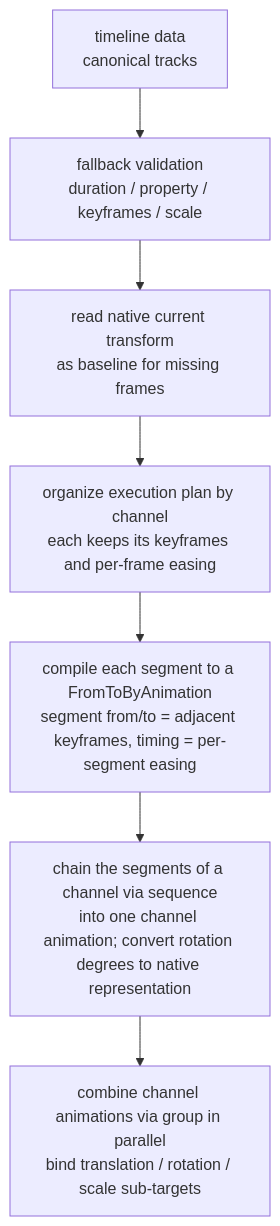
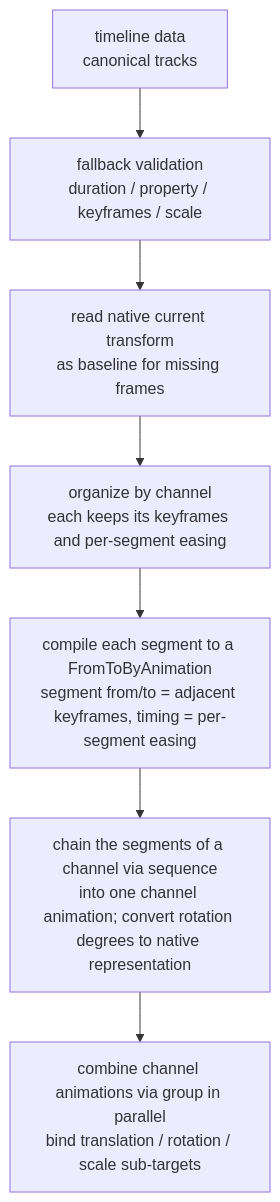
One commit to webspatial/webspatial-sdk changed the fourth of 11 diagrams in openspec/changes/redesign-entity-motion-api/design.md. Above: the diagram before and after it, drawn with Mermaid. The commit also changed other lines of this file and 1 other file, not shown here.

````diff
--- a/openspec/changes/redesign-entity-motion-api/design.md
+++ b/openspec/changes/redesign-entity-motion-api/design.md
@@ -475,17 +426,17 @@
 ```mermaid
 flowchart TB
     Payload["timeline data<br/>canonical tracks"]
     Validate["fallback validation<br/>duration / property / keyframes / scale"]
     Snapshot["read native current transform<br/>as baseline for missing frames"]
-    Channels["organize execution plan by channel<br/>each keeps its keyframes and per-frame easing"]
+    Channels["organize by channel<br/>each keeps its keyframes and per-segment easing"]
     Segment["compile each segment to a FromToByAnimation<br/>segment from/to = adjacent keyframes, timing = per-segment easing"]
     Seq["chain the segments of a channel via sequence<br/>into one channel animation; convert rotation degrees to native representation"]
     Group["combine channel animations via group in parallel<br/>bind translation / rotation / scale sub-targets"]
 
     Payload --> Validate
     Validate --> Snapshot
     Snapshot --> Channels
     Channels --> Segment
     Segment --> Seq
     Seq --> Group
 ```
````
